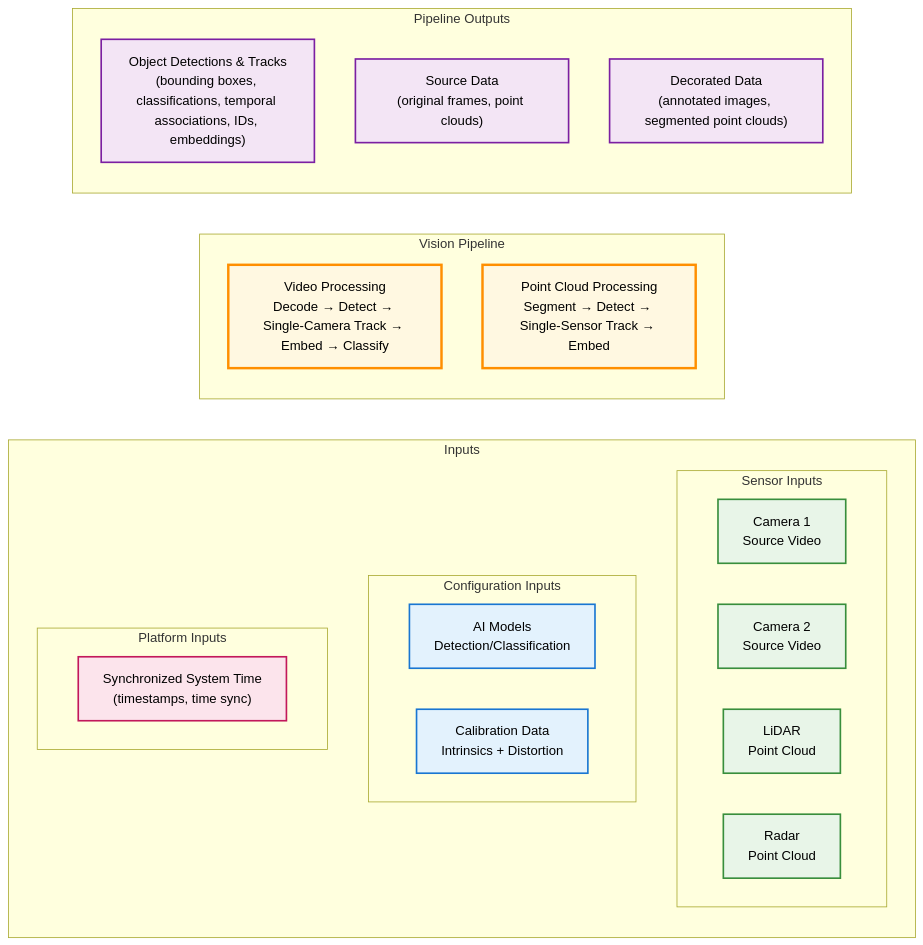
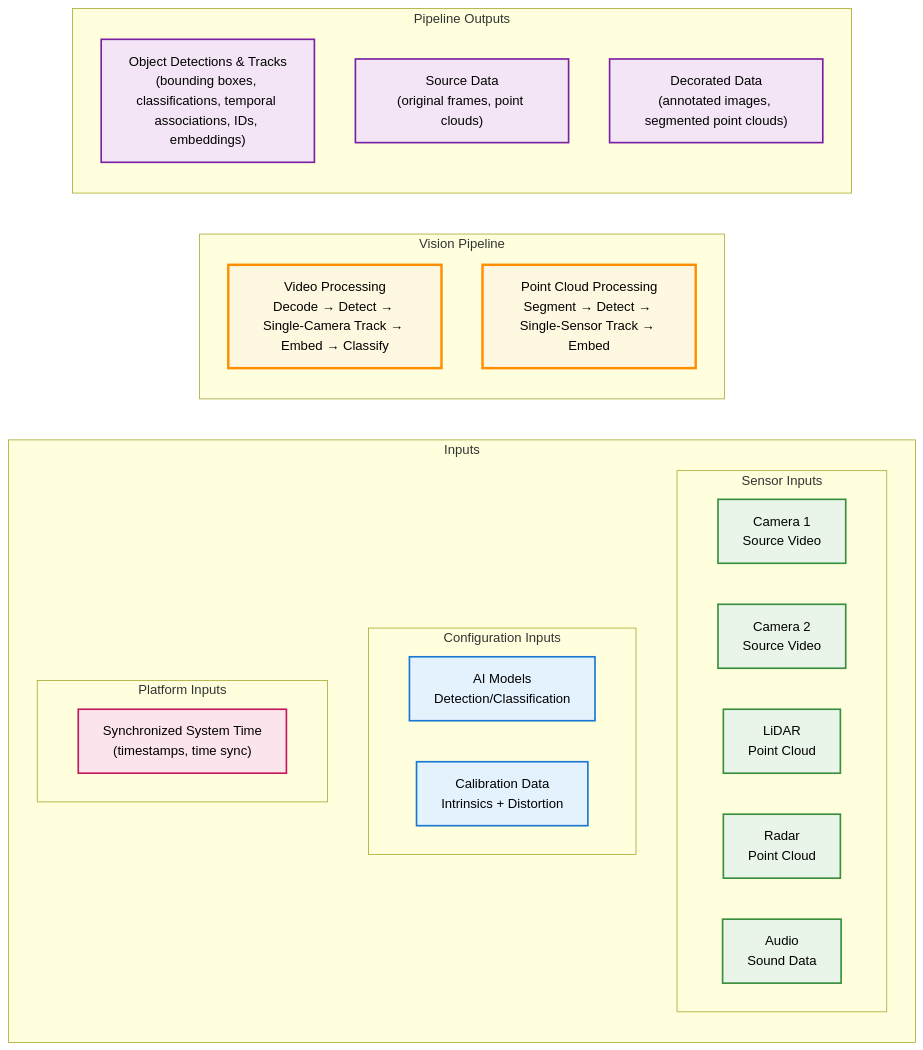
The first of 10 diagrams in docs/design/vision-pipeline-overview.md (open-edge-platform/scenescape), drawn with Mermaid before and after one commit. The commit also changed other lines of this file, not shown here.

````diff
--- a/docs/design/vision-pipeline-overview.md
+++ b/docs/design/vision-pipeline-overview.md
@@ -84,44 +84,45 @@
 ```mermaid
 flowchart LR
     subgraph Inputs["Inputs"]
         subgraph SensorInputs["Sensor Inputs"]
             CAM1["Camera 1<br/>Source Video"]
             CAM2["Camera 2<br/>Source Video"] 
             LIDAR["LiDAR<br/>Point Cloud"]
             RADAR["Radar<br/>Point Cloud"]
+            AUDIO["Audio<br/>Sound Data"]
         end
         
         subgraph ConfigInputs["Configuration Inputs"]
             MODELS["AI Models<br/>Detection/Classification"]
             CALIB["Calibration Data<br/>Intrinsics + Distortion"]
         end
         
         subgraph PlatformInputs["Platform Inputs"]
             TIME["Synchronized System Time<br/>(timestamps, time sync)"]
         end
     end
     
     subgraph Pipeline["Vision Pipeline"]
         VIDEO["Video Processing<br/>Decode → Detect → Single-Camera Track → Embed → Classify"]
         POINTCLOUD["Point Cloud Processing<br/>Segment → Detect → Single-Sensor Track → Embed"]
     end
     
     subgraph Outputs["Pipeline Outputs"]
         DETECTIONS["Object Detections & Tracks<br/>(bounding boxes, classifications, temporal associations, IDs, embeddings)"]
         RAWDATA["Source Data<br/>(original frames, point clouds)"]
         DECORATED["Decorated Data<br/>(annotated images, segmented point clouds)"]
     end
     
     %% Styling
     classDef pipeline fill:#fff8e1,stroke:#ff8f00,stroke-width:3px,color:#000000
     classDef sensors fill:#e8f5e8,stroke:#388e3c,stroke-width:2px,color:#000000
     classDef config fill:#e3f2fd,stroke:#1976d2,stroke-width:2px,color:#000000
     classDef platform fill:#fce4ec,stroke:#c2185b,stroke-width:2px,color:#000000
     classDef outputs fill:#f3e5f5,stroke:#7b1fa2,stroke-width:2px,color:#000000
     
     class VIDEO,POINTCLOUD pipeline
-    class CAM1,CAM2,LIDAR,RADAR sensors
+    class CAM1,CAM2,LIDAR,RADAR,AUDIO sensors
     class MODELS,CALIB config
     class TIME platform
     class DETECTIONS,RAWDATA,DECORATED outputs
 ```
````
